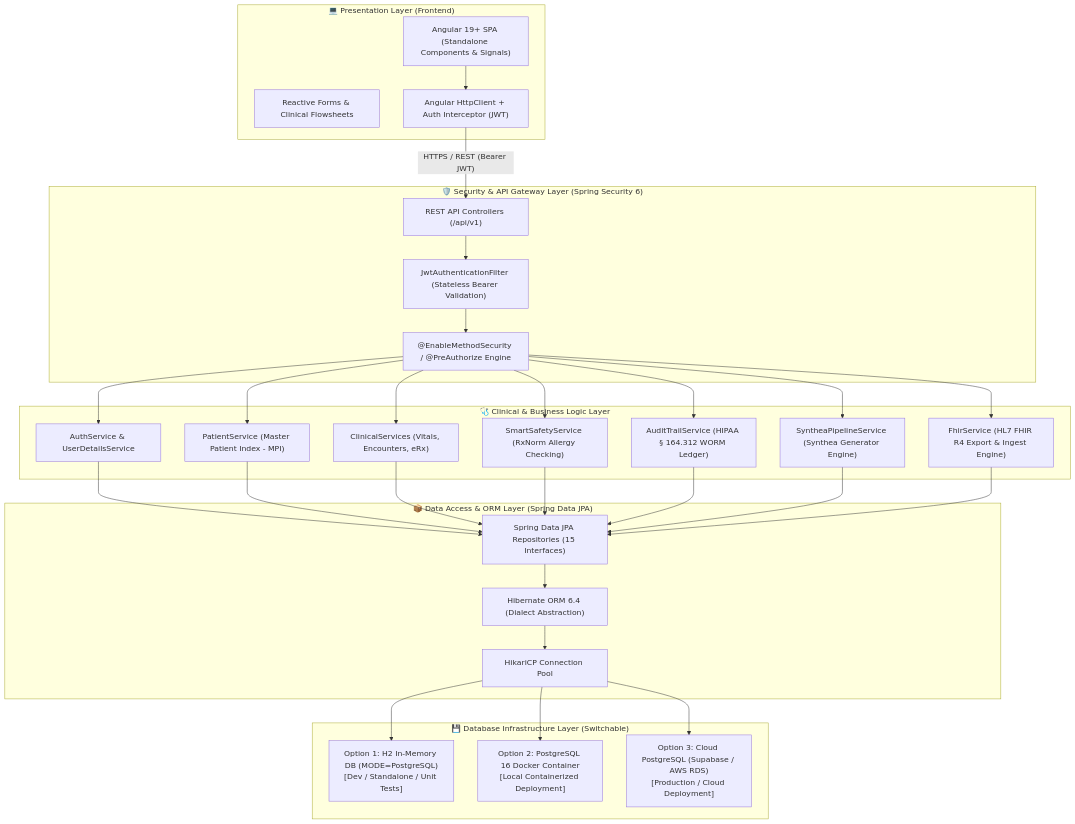
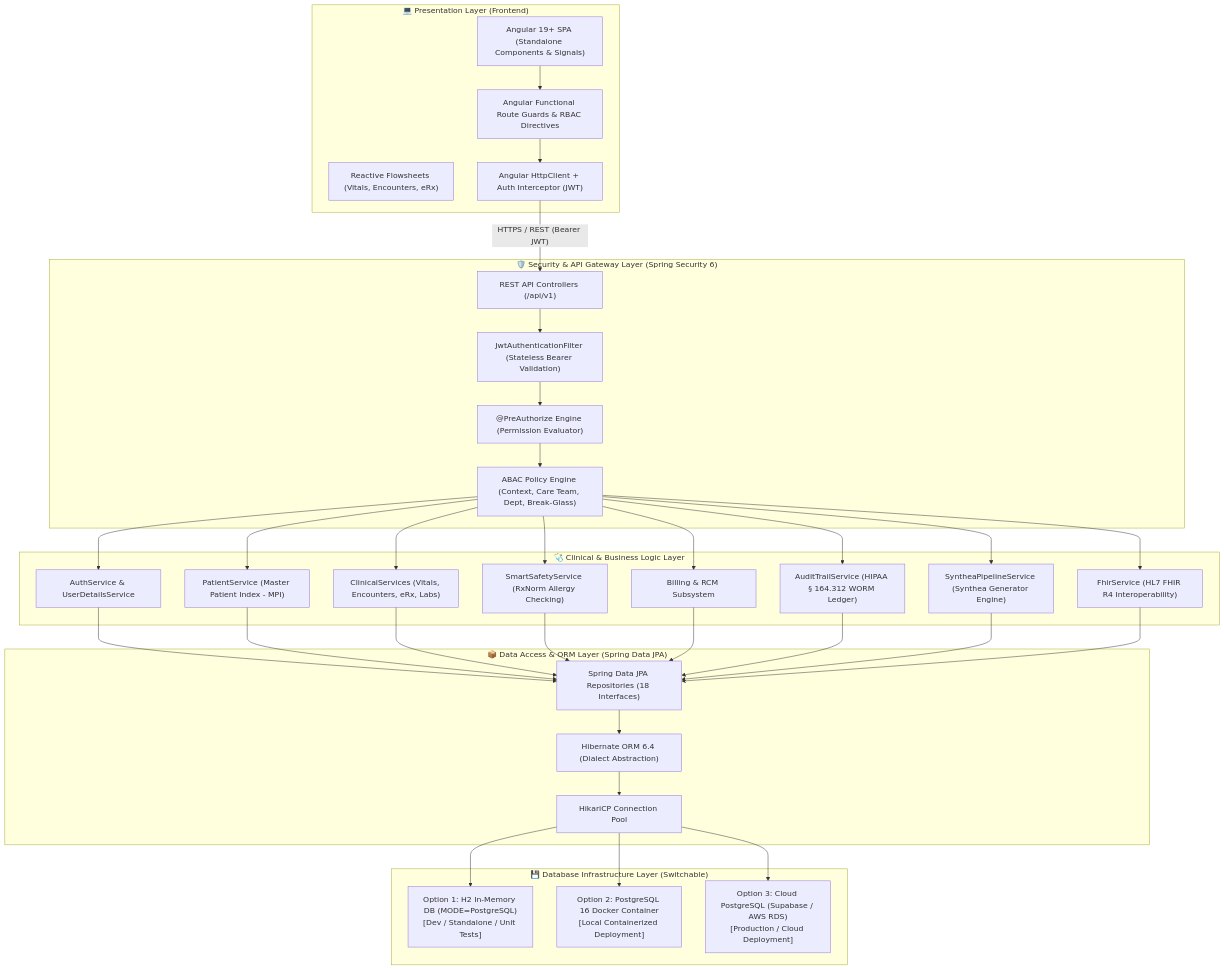
One commit to kamranxdev/MedVault changed the first of 3 diagrams in docs/architecture.md. Above: the diagram before and after it, drawn with Mermaid. The commit also changed other lines of this file and 99 other files, not shown here.

Commit message:
feat: implement role-based access control (RBAC) with attribute-based access control (ABAC) and refactor frontend into role-specific workspaces.

````diff
--- a/docs/architecture.md
+++ b/docs/architecture.md
@@ -11,48 +11,52 @@
 ```mermaid
 flowchart TD
     subgraph Presentation_Layer ["💻 Presentation Layer (Frontend)"]
         SPA["Angular 19+ SPA (Standalone Components & Signals)"]
-        Forms["Reactive Forms & Clinical Flowsheets"]
+        Forms["Reactive Flowsheets (Vitals, Encounters, eRx)"]
+        Guards["Angular Functional Route Guards & RBAC Directives"]
         HTTP["Angular HttpClient + Auth Interceptor (JWT)"]
     end
 
     subgraph Security_Layer ["🛡️ Security & API Gateway Layer (Spring Security 6)"]
         Gateway["REST API Controllers (/api/v1)"]
         JWTFilter["JwtAuthenticationFilter (Stateless Bearer Validation)"]
-        RBAC["@EnableMethodSecurity / @PreAuthorize Engine"]
+        RBAC["@PreAuthorize Engine (Permission Evaluator)"]
+        ABAC["ABAC Policy Engine (Context, Care Team, Dept, Break-Glass)"]
     end
 
     subgraph Business_Layer ["🩺 Clinical & Business Logic Layer"]
         AuthSvc["AuthService & UserDetailsService"]
         PatientSvc["PatientService (Master Patient Index - MPI)"]
-        ClinicalSvc["ClinicalServices (Vitals, Encounters, eRx)"]
+        ClinicalSvc["ClinicalServices (Vitals, Encounters, eRx, Labs)"]
         SafetyEngine["SmartSafetyService (RxNorm Allergy Checking)"]
+        BillingSvc["Billing & RCM Subsystem"]
         AuditSvc["AuditTrailService (HIPAA § 164.312 WORM Ledger)"]
         SyntheaSvc["SyntheaPipelineService (Synthea Generator Engine)"]
-        FhirSvc["FhirService (HL7 FHIR R4 Export & Ingest Engine)"]
+        FhirSvc["FhirService (HL7 FHIR R4 Interoperability)"]
     end
 
     subgraph Persistence_Layer ["📦 Data Access & ORM Layer (Spring Data JPA)"]
-        JPA["Spring Data JPA Repositories (15 Interfaces)"]
+        JPA["Spring Data JPA Repositories (18 Interfaces)"]
         ORM["Hibernate ORM 6.4 (Dialect Abstraction)"]
         Pool["HikariCP Connection Pool"]
     end
 
     subgraph Storage_Layer ["💾 Database Infrastructure Layer (Switchable)"]
         H2["Option 1: H2 In-Memory DB (MODE=PostgreSQL)\n[Dev / Standalone / Unit Tests]"]
         PostgresDocker["Option 2: PostgreSQL 16 Docker Container\n[Local Containerized Deployment]"]
         SupabaseCloud["Option 3: Cloud PostgreSQL (Supabase / AWS RDS)\n[Production / Cloud Deployment]"]
     end
 
-    SPA --> HTTP
+    SPA --> Guards --> HTTP
     HTTP -->|"HTTPS / REST (Bearer JWT)"| Gateway
     Gateway --> JWTFilter
     JWTFilter --> RBAC
-    RBAC --> AuthSvc & PatientSvc & ClinicalSvc & SafetyEngine & AuditSvc & SyntheaSvc & FhirSvc
-    AuthSvc & PatientSvc & ClinicalSvc & SafetyEngine & AuditSvc & SyntheaSvc & FhirSvc --> JPA
+    RBAC --> ABAC
+    ABAC --> AuthSvc & PatientSvc & ClinicalSvc & SafetyEngine & BillingSvc & AuditSvc & SyntheaSvc & FhirSvc
+    AuthSvc & PatientSvc & ClinicalSvc & SafetyEngine & BillingSvc & AuditSvc & SyntheaSvc & FhirSvc --> JPA
     JPA --> ORM
     ORM --> Pool
     Pool --> H2
     Pool --> PostgresDocker
     Pool --> SupabaseCloud
 ```
````
